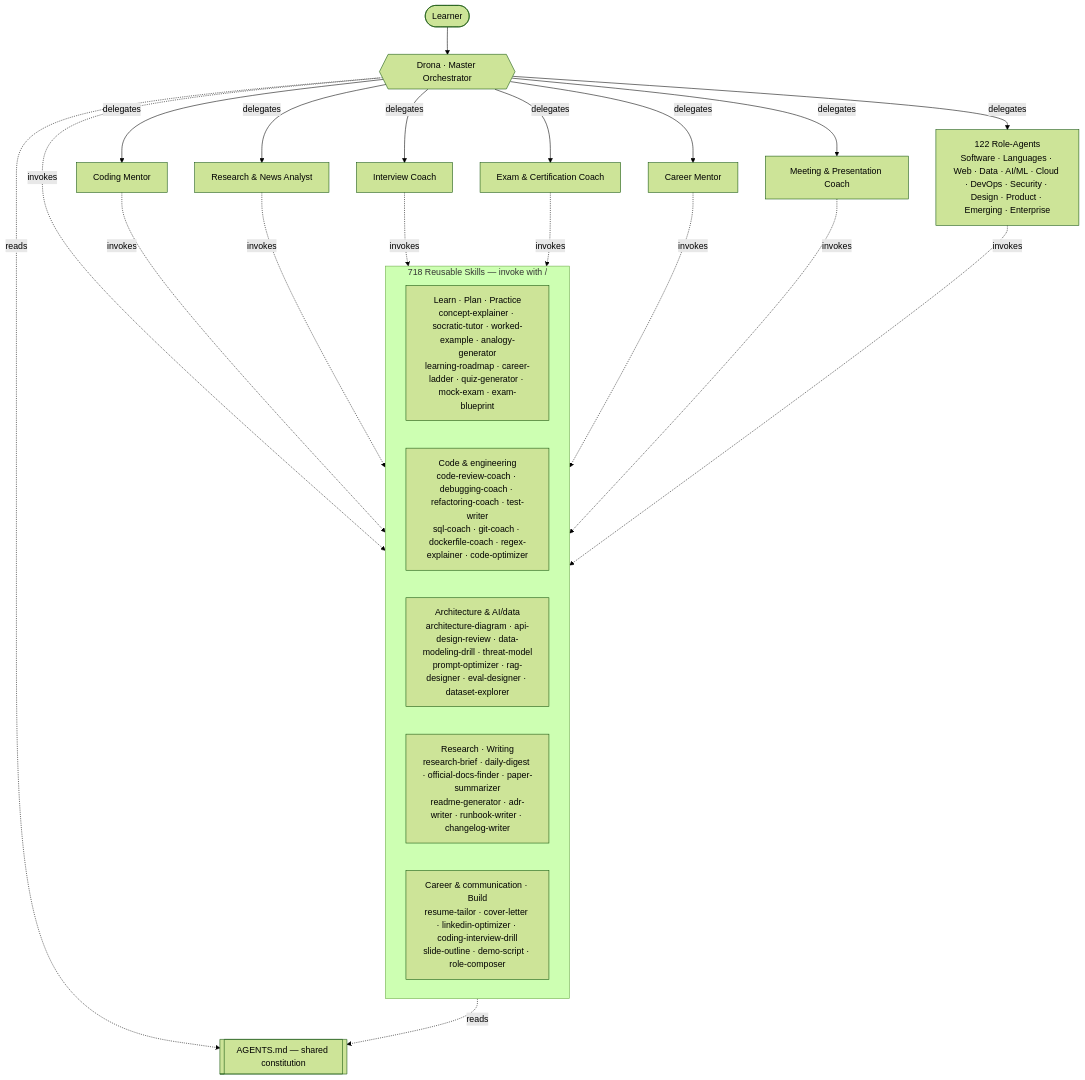
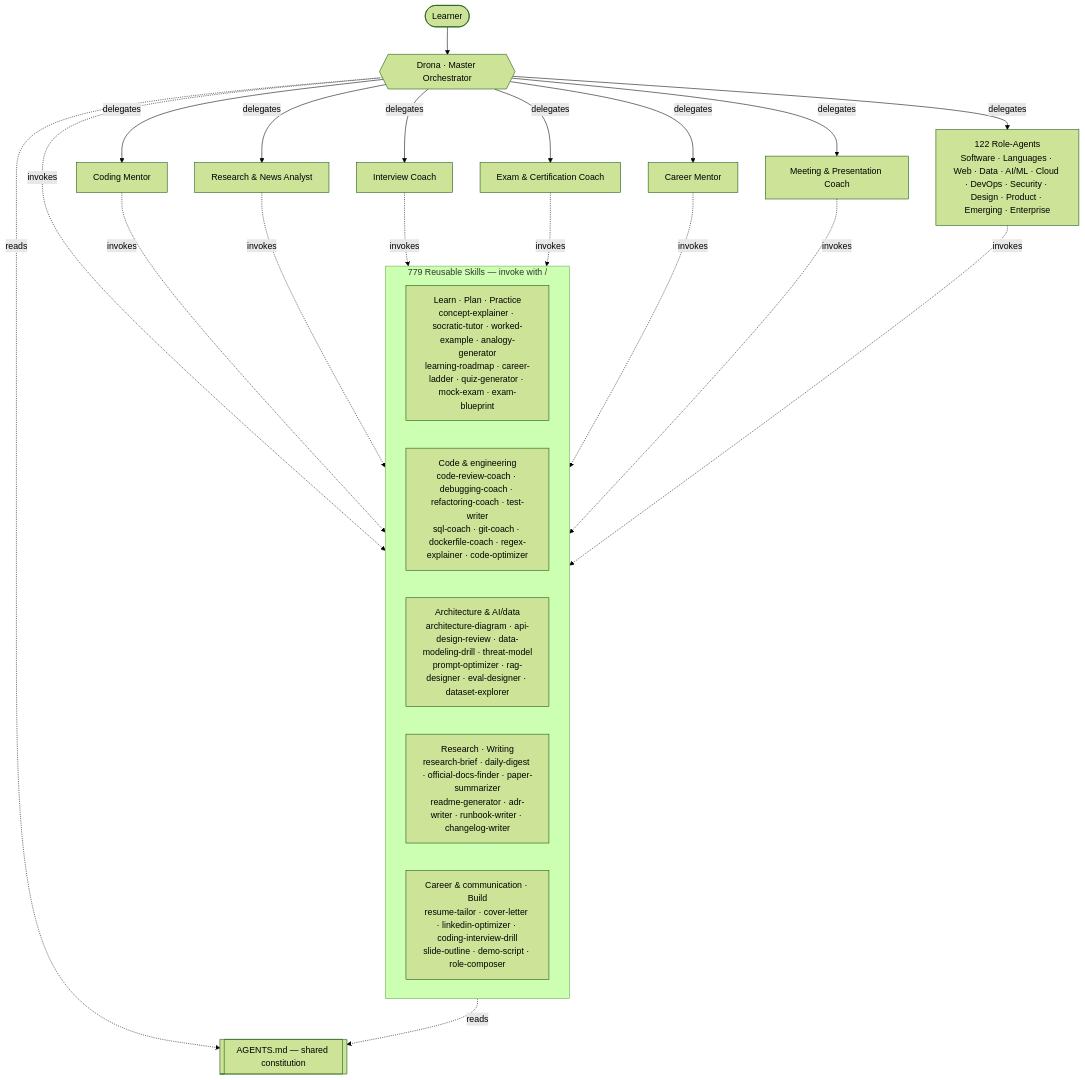
The diagram in README.md (ArasaniRohithReddy/LearningOS), drawn with Mermaid (forest theme) before and after one commit. The commit also changed other lines of this file and 87 other files, not shown here.

````diff
--- a/README.md
+++ b/README.md
@@ -51,32 +51,32 @@
 ```mermaid
 flowchart TD
     U([Learner]) --> D{{Drona · Master Orchestrator}}
 
     D -->|delegates| CM[Coding Mentor]
     D -->|delegates| RN[Research & News Analyst]
     D -->|delegates| IC[Interview Coach]
     D -->|delegates| EC[Exam & Certification Coach]
     D -->|delegates| CA[Career Mentor]
     D -->|delegates| MP[Meeting & Presentation Coach]
     D -->|delegates| RO["122 Role-Agents<br/>Software · Languages · Web · Data · AI/ML · Cloud · DevOps · Security · Design · Product · Emerging · Enterprise"]
 
-    subgraph Skills["718 Reusable Skills — invoke with /"]
+    subgraph Skills["779 Reusable Skills — invoke with /"]
       S1["Learn · Plan · Practice<br/>concept-explainer · socratic-tutor · worked-example · analogy-generator<br/>learning-roadmap · career-ladder · quiz-generator · mock-exam · exam-blueprint"]
       S2["Code & engineering<br/>code-review-coach · debugging-coach · refactoring-coach · test-writer<br/>sql-coach · git-coach · dockerfile-coach · regex-explainer · code-optimizer"]
       S3["Architecture & AI/data<br/>architecture-diagram · api-design-review · data-modeling-drill · threat-model<br/>prompt-optimizer · rag-designer · eval-designer · dataset-explorer"]
       S4["Research · Writing<br/>research-brief · daily-digest · official-docs-finder · paper-summarizer<br/>readme-generator · adr-writer · runbook-writer · changelog-writer"]
       S5["Career & communication · Build<br/>resume-tailor · cover-letter · linkedin-optimizer · coding-interview-drill<br/>slide-outline · demo-script · role-composer"]
     end
 
     D -.invokes.-> Skills
     CM -.invokes.-> Skills
     RN -.invokes.-> Skills
     IC -.invokes.-> Skills
     EC -.invokes.-> Skills
     CA -.invokes.-> Skills
     MP -.invokes.-> Skills
     RO -.invokes.-> Skills
 
     Skills -.reads.-> AG[[AGENTS.md — shared constitution]]
     D -.reads.-> AG
 ```
````
